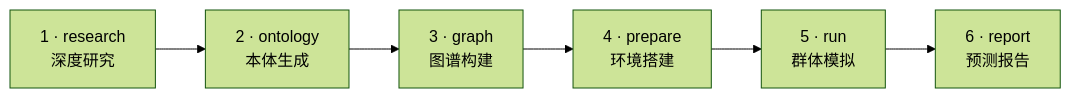
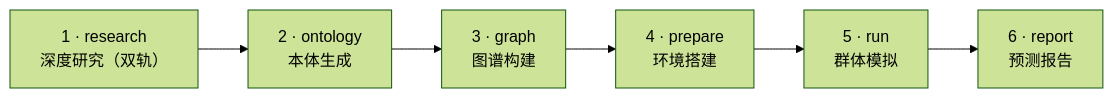
One commit to linroger/DeepAgentForecast changed the diagram in README.zh-CN.md. Above: the diagram before and after it, drawn with Mermaid (forest theme). The commit also changed other lines of this file and 1 other file, not shown here.

First line of the commit message:
docs: update READMEs (EN + 中文) for dual-track research + tiered ontology

````diff
--- a/README.zh-CN.md
+++ b/README.zh-CN.md
@@ -155,8 +155,8 @@
 ```mermaid
 flowchart LR
-    A["1 · research<br/>深度研究"] --> B["2 · ontology<br/>本体生成"]
+    A["1 · research<br/>深度研究（双轨）"] --> B["2 · ontology<br/>本体生成"]
     B --> C["3 · graph<br/>图谱构建"]
     C --> D["4 · prepare<br/>环境搭建"]
     D --> E["5 · run<br/>群体模拟"]
     E --> F["6 · report<br/>预测报告"]
 ```
````
